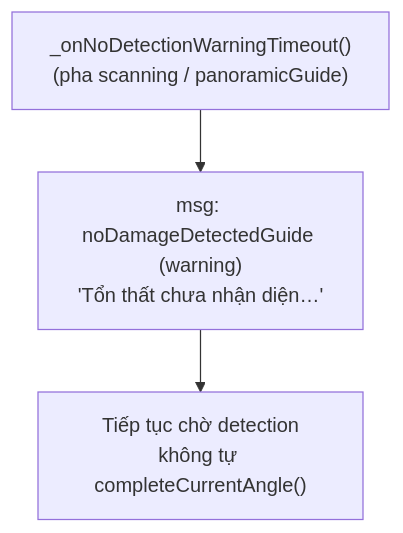
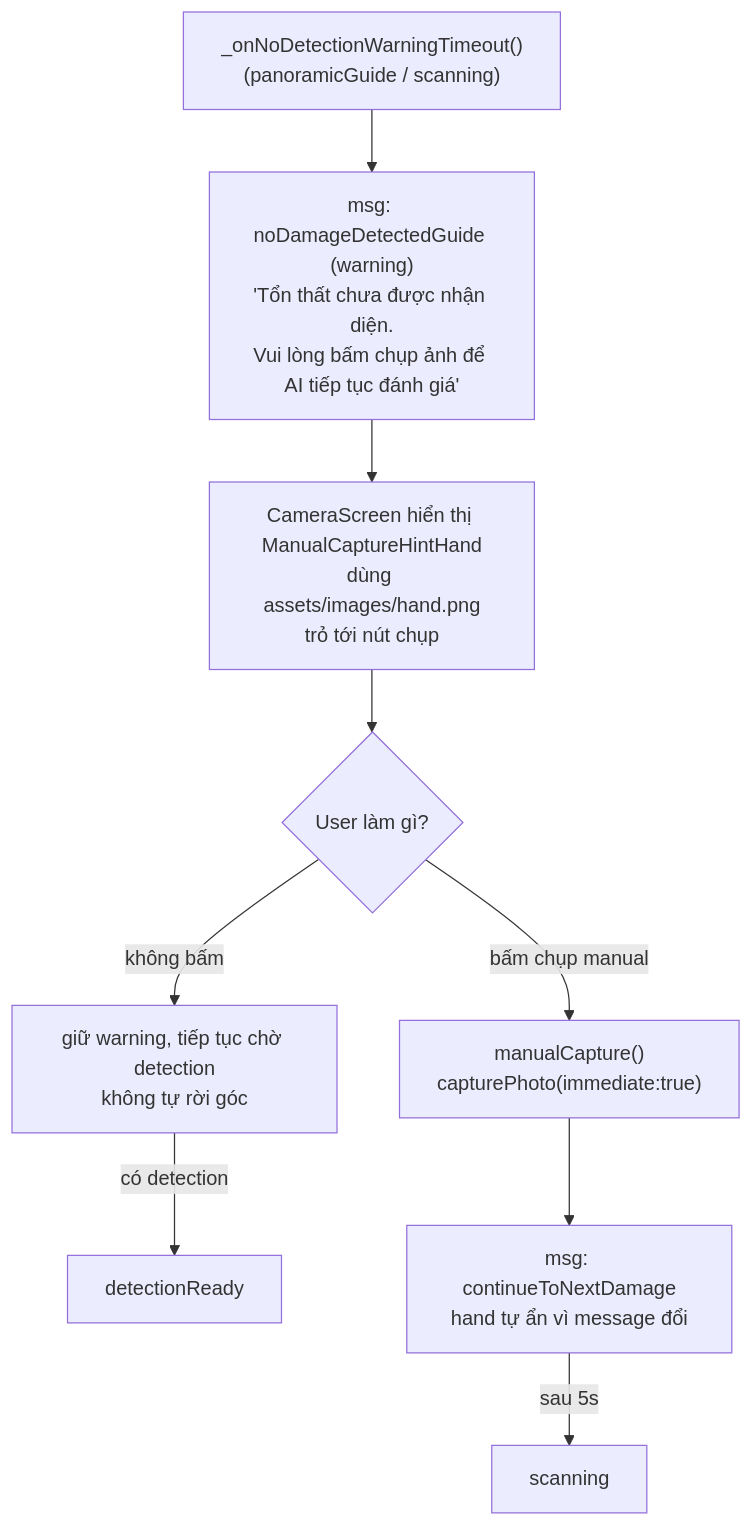
The seventh of 9 diagrams in CAMERA_CONTROLLER.md (Aicycle-Insurance/aicycle_on_device), drawn with Mermaid before and after one commit. The commit also changed other lines of this file and 3 other files, not shown here.

````diff
--- a/CAMERA_CONTROLLER.md
+++ b/CAMERA_CONTROLLER.md
@@ -190,5 +173,11 @@
 ```mermaid
 flowchart TD
-    N0["_onNoDetectionWarningTimeout()<br/>(pha scanning / panoramicGuide)"] --> N1["msg: noDamageDetectedGuide (warning)<br/>'Tổn thất chưa nhận diện…'"]
-    N1 --> N2["Tiếp tục chờ detection<br/>không tự completeCurrentAngle()"]
+    N0["_onNoDetectionWarningTimeout()<br/>(panoramicGuide / scanning)"] --> N1["msg: noDamageDetectedGuide (warning)<br/>'Tổn thất chưa được nhận diện.<br/>Vui lòng bấm chụp ảnh để AI tiếp tục đánh giá'"]
+    N1 --> N2["CameraScreen hiển thị ManualCaptureHintHand<br/>dùng assets/images/hand.png<br/>trỏ tới nút chụp"]
+    N2 --> Q{"User làm gì?"}
+    Q -->|"không bấm"| WAIT["giữ warning, tiếp tục chờ detection<br/>không tự rời góc"]
+    WAIT -->|"có detection"| DR["detectionReady"]
+    Q -->|"bấm chụp manual"| CAP["manualCapture()<br/>capturePhoto(immediate:true)"]
+    CAP --> NEXT["msg: continueToNextDamage<br/>hand tự ẩn vì message đổi"]
+    NEXT -->|"sau 5s"| SCAN["scanning"]
 ```
````
